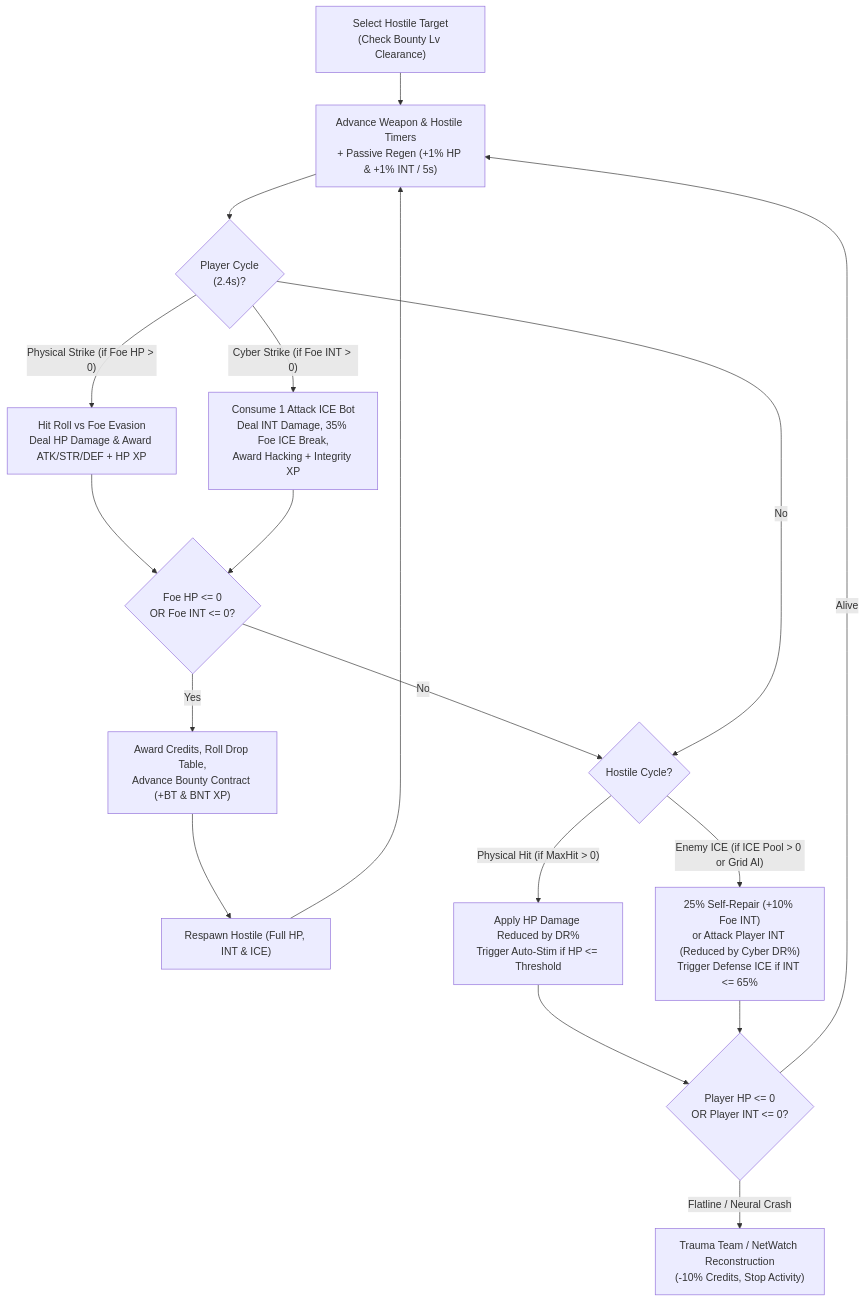
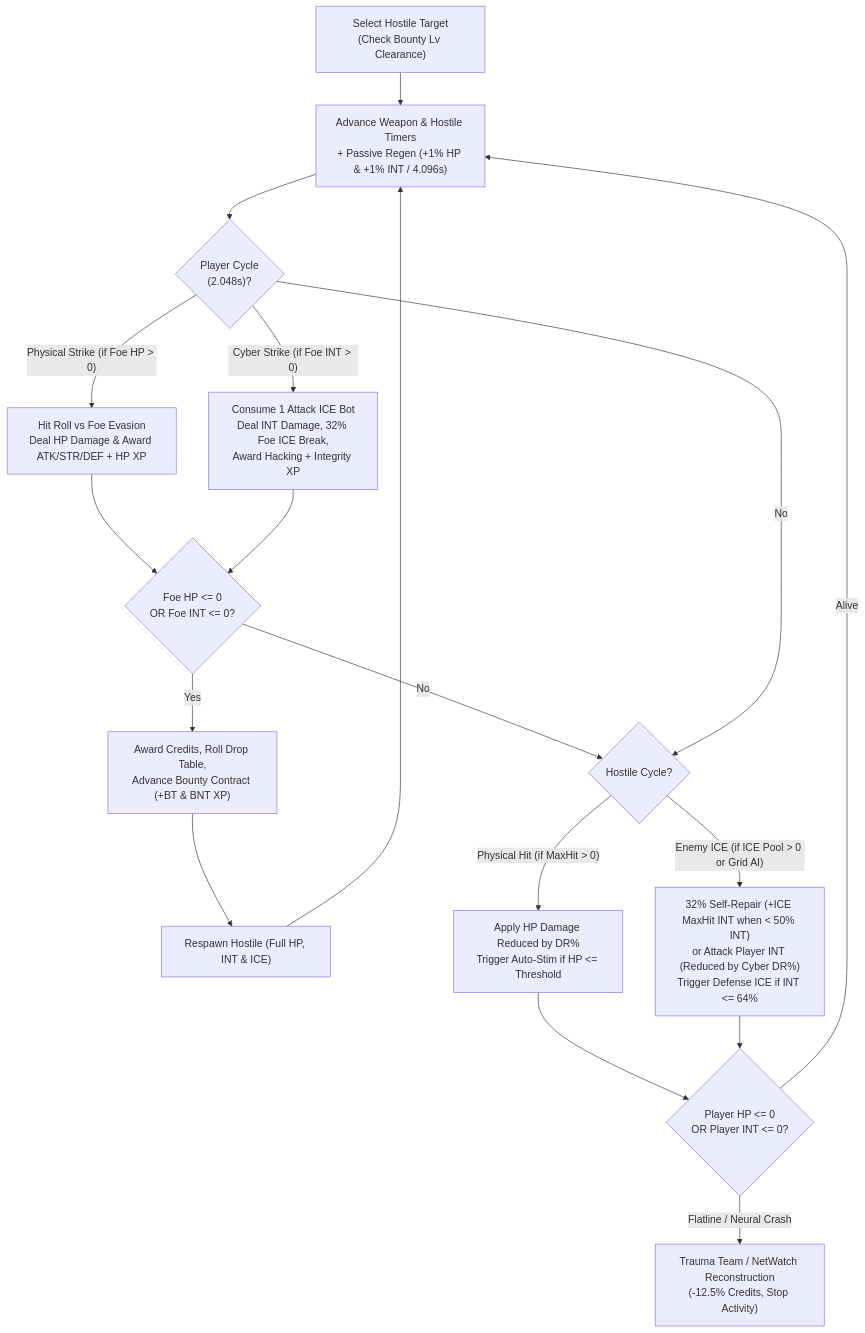
Before and after one commit to Mizux/routineverse: the first of 2 diagrams in docs/combat.md, drawn with Mermaid. The commit also changed other lines of this file and 4 other files, not shown here.

````diff
--- a/docs/combat.md
+++ b/docs/combat.md
@@ -21,24 +21,24 @@
 ```mermaid
 flowchart TD
-  START["Select Hostile Target<br/>(Check Bounty Lv Clearance)"] --> TIMERS["Advance Weapon & Hostile Timers<br/>+ Passive Regen (+1% HP & +1% INT / 5s)"]
+  START["Select Hostile Target<br/>(Check Bounty Lv Clearance)"] --> TIMERS["Advance Weapon & Hostile Timers<br/>+ Passive Regen (+1% HP & +1% INT / 4.096s)"]
 
-  TIMERS --> PLR_ATK{"Player Cycle<br/>(2.4s)?"}
+  TIMERS --> PLR_ATK{"Player Cycle<br/>(2.048s)?"}
   PLR_ATK -->|"Physical Strike (if Foe HP > 0)"| PHYS_DMG["Hit Roll vs Foe Evasion<br/>Deal HP Damage & Award ATK/STR/DEF + HP XP"]
-  PLR_ATK -->|"Cyber Strike (if Foe INT > 0)"| ICE_DMG["Consume 1 Attack ICE Bot<br/>Deal INT Damage, 35% Foe ICE Break,<br/>Award Hacking + Integrity XP"]
+  PLR_ATK -->|"Cyber Strike (if Foe INT > 0)"| ICE_DMG["Consume 1 Attack ICE Bot<br/>Deal INT Damage, 32% Foe ICE Break,<br/>Award Hacking + Integrity XP"]
 
   PHYS_DMG & ICE_DMG --> FOE_DEAD{"Foe HP <= 0<br/>OR Foe INT <= 0?"}
 
   FOE_DEAD -->|"Yes"| LOOT["Award Credits, Roll Drop Table,<br/>Advance Bounty Contract (+BT & BNT XP)"]
   LOOT --> RESPAWN["Respawn Hostile (Full HP, INT & ICE)"] --> TIMERS
 
   FOE_DEAD -->|"No"| MON_ATK{"Hostile Cycle?"}
   PLR_ATK -->|"No"| MON_ATK
 
   MON_ATK -->|"Physical Hit (if MaxHit > 0)"| MON_PHYS["Apply HP Damage Reduced by DR%<br/>Trigger Auto-Stim if HP <= Threshold"]
-  MON_ATK -->|"Enemy ICE (if ICE Pool > 0 or Grid AI)"| MON_ICE["25% Self-Repair (+10% Foe INT)<br/>or Attack Player INT (Reduced by Cyber DR%)<br/>Trigger Defense ICE if INT <= 65%"]
+  MON_ATK -->|"Enemy ICE (if ICE Pool > 0 or Grid AI)"| MON_ICE["32% Self-Repair (+ICE MaxHit INT when < 50% INT)<br/>or Attack Player INT (Reduced by Cyber DR%)<br/>Trigger Defense ICE if INT <= 64%"]
 
   MON_PHYS & MON_ICE --> PLR_DEAD{"Player HP <= 0<br/>OR Player INT <= 0?"}
 
-  PLR_DEAD -->|"Flatline / Neural Crash"| TRAUMA["Trauma Team / NetWatch Reconstruction<br/>(-10% Credits, Stop Activity)"]
+  PLR_DEAD -->|"Flatline / Neural Crash"| TRAUMA["Trauma Team / NetWatch Reconstruction<br/>(-12.5% Credits, Stop Activity)"]
   PLR_DEAD -->|"Alive"| TIMERS
 ```
````
